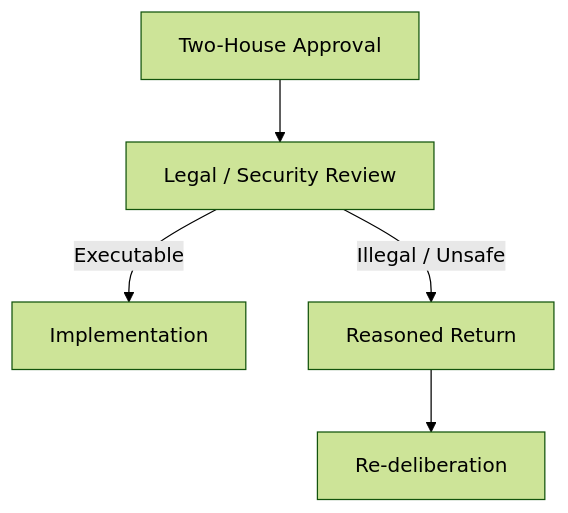
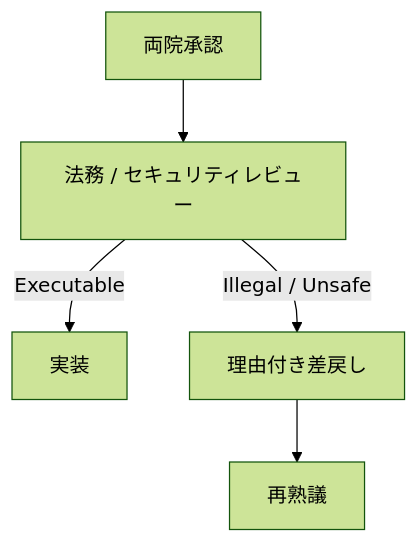
One commit to ShigeichiroYamasaki/creator-first-platform changed diagram 14 of 17 in docs/whitepaper/01-vision.md. Above: the diagram before and after it, drawn with Mermaid (forest theme). The commit also changed other lines of this file and 72 other files, not shown here.

````diff
--- a/docs/whitepaper/01-vision.md
+++ b/docs/whitepaper/01-vision.md
@@ -396,10 +396,10 @@
 ```mermaid
 flowchart TD
-    APPROVE[Two-House Approval]
-    REVIEW[Legal / Security Review]
+    APPROVE[両院承認]
+    REVIEW[法務 / セキュリティレビュー]
 
     APPROVE --> REVIEW
-    REVIEW -->|Executable| IMPLEMENT[Implementation]
-    REVIEW -->|Illegal / Unsafe| RETURN[Reasoned Return]
-    RETURN --> DELIB[Re-deliberation]
+    REVIEW -->|Executable| IMPLEMENT[実装]
+    REVIEW -->|Illegal / Unsafe| RETURN[理由付き差戻し]
+    RETURN --> DELIB[再熟議]
 ```
````
